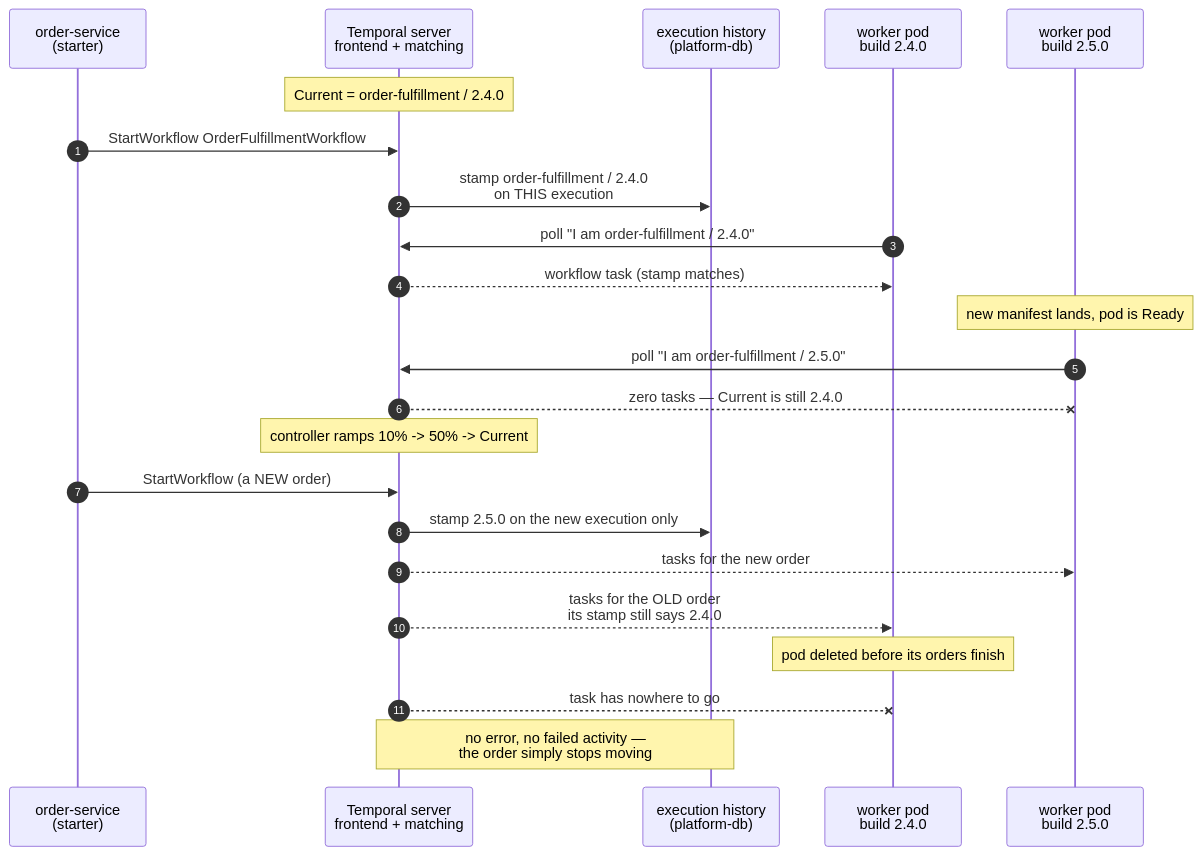
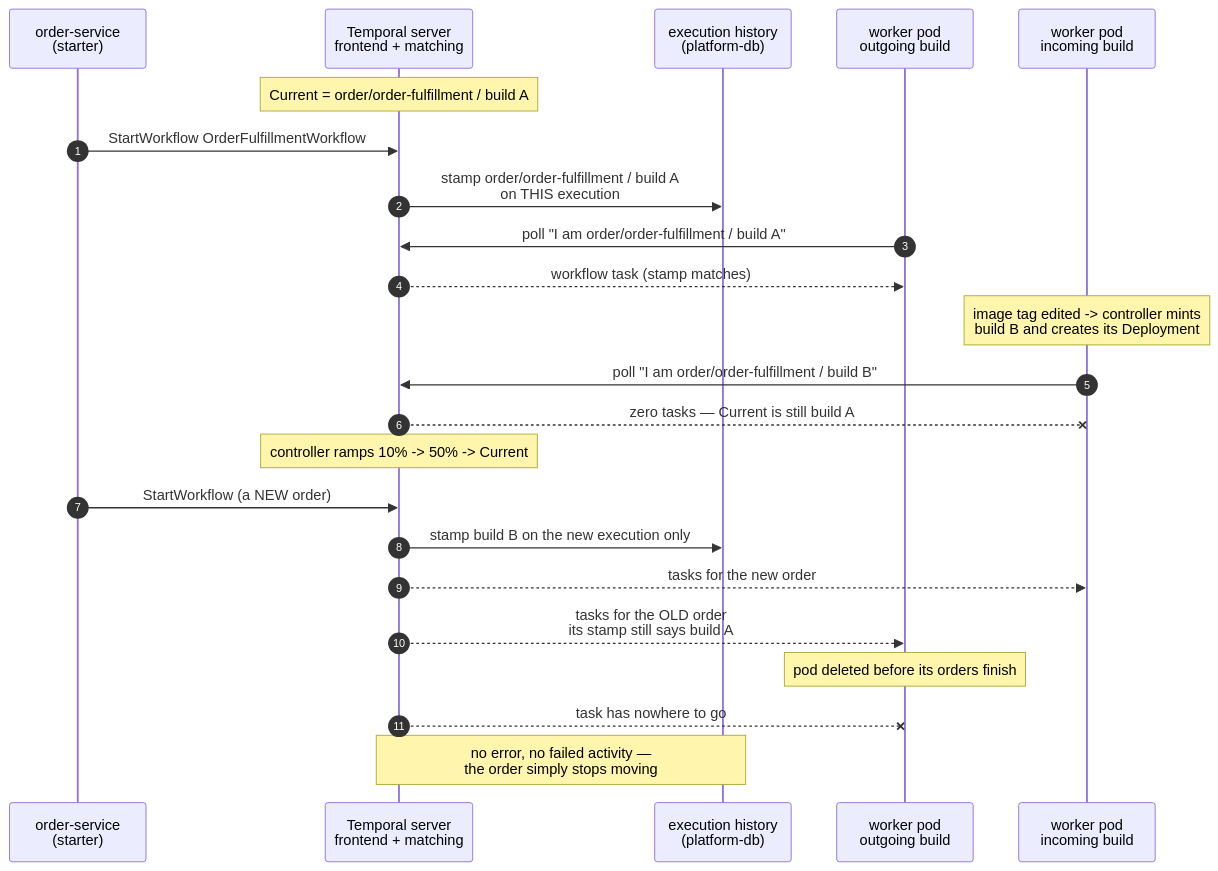
Before and after one commit to duynhlab/homelab: diagram 19 of 19 in docs/api/temporal.md, drawn with Mermaid. The commit also changed other lines of this file and 8 other files, not shown here.

````diff
--- a/docs/api/temporal.md
+++ b/docs/api/temporal.md
@@ -1041,29 +1050,29 @@
 ```mermaid
 sequenceDiagram
     autonumber
     participant API as order-service<br/>(starter)
     participant TS as Temporal server<br/>frontend + matching
     participant H as execution history<br/>(platform-db)
-    participant W4 as worker pod<br/>build 2.4.0
-    participant W5 as worker pod<br/>build 2.5.0
+    participant W4 as worker pod<br/>outgoing build
+    participant W5 as worker pod<br/>incoming build
 
-    Note over TS: Current = order-fulfillment / 2.4.0
+    Note over TS: Current = order/order-fulfillment / build A
     API->>TS: StartWorkflow OrderFulfillmentWorkflow
-    TS->>H: stamp order-fulfillment / 2.4.0<br/>on THIS execution
-    W4->>TS: poll "I am order-fulfillment / 2.4.0"
+    TS->>H: stamp order/order-fulfillment / build A<br/>on THIS execution
+    W4->>TS: poll "I am order/order-fulfillment / build A"
     TS-->>W4: workflow task (stamp matches)
 
-    Note over W5: new manifest lands, pod is Ready
-    W5->>TS: poll "I am order-fulfillment / 2.5.0"
-    TS--xW5: zero tasks — Current is still 2.4.0
+    Note over W5: image tag edited -> controller mints<br/>build B and creates its Deployment
+    W5->>TS: poll "I am order/order-fulfillment / build B"
+    TS--xW5: zero tasks — Current is still build A
 
     Note over TS: controller ramps 10% -> 50% -> Current
     API->>TS: StartWorkflow (a NEW order)
-    TS->>H: stamp 2.5.0 on the new execution only
+    TS->>H: stamp build B on the new execution only
     TS-->>W5: tasks for the new order
-    TS-->>W4: tasks for the OLD order<br/>its stamp still says 2.4.0
+    TS-->>W4: tasks for the OLD order<br/>its stamp still says build A
 
     Note over W4: pod deleted before its orders finish
     TS--xW4: task has nowhere to go
     Note over TS,H: no error, no failed activity —<br/>the order simply stops moving
 ```
````
